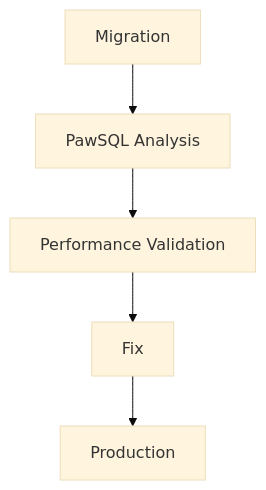
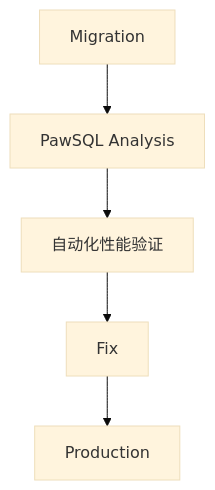
One commit to PawSQL/pawsql-docs-mantlify changed diagram 14 of 18 in docs/use-cases/database-migration-sql-governance.mdx. Above: the diagram before and after it, drawn with Mermaid (base theme). The commit also changed other lines of this file and 143 other files, not shown here.

````diff
--- a/docs/use-cases/database-migration-sql-governance.mdx
+++ b/docs/use-cases/database-migration-sql-governance.mdx
@@ -1014,4 +1014,4 @@
 ```mermaid
 flowchart TD
-    A[Migration] --> B[PawSQL Analysis] --> C[Performance Validation] --> D[Fix] --> E[Production]
+    A[Migration] --> B[PawSQL Analysis] --> C[自动化性能验证] --> D[Fix] --> E[Production]
 ```
````
